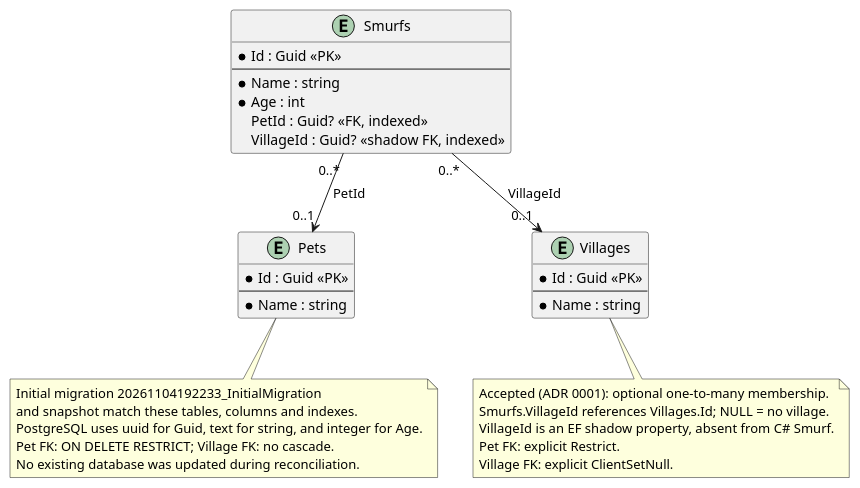
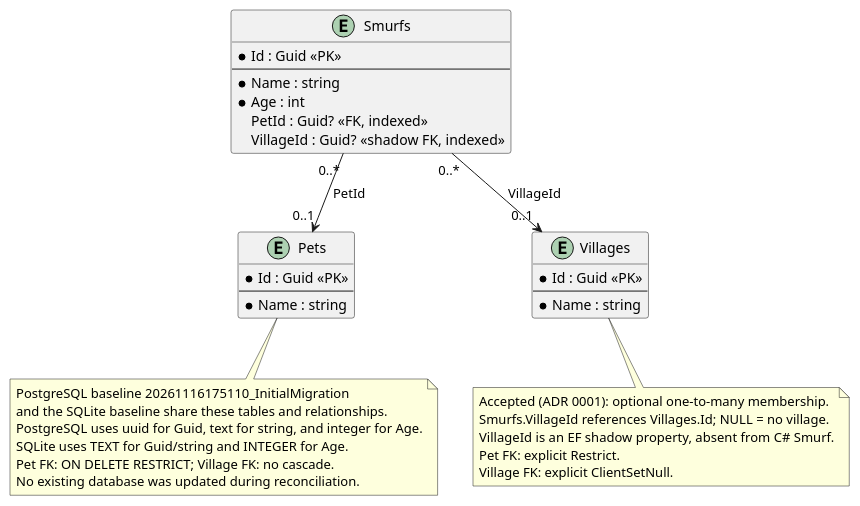
The diagram in docs/structural/diagrams/persistence-model.puml (EbbeMeloSorensen/Smurfs), drawn with PlantUML before and after one commit. The commit also changed 32 other files, not shown here.

```diff
--- a/docs/structural/diagrams/persistence-model.puml
+++ b/docs/structural/diagrams/persistence-model.puml
@@ -1,38 +1,39 @@
 @startuml
 ' Current runtime model, regenerated initial migration and snapshot.
 hide methods
 entity "Smurfs" as SmurfTable {
   * Id : Guid <<PK>>
   --
   * Name : string
   * Age : int
   PetId : Guid? <<FK, indexed>>
   VillageId : Guid? <<shadow FK, indexed>>
 }
 entity "Pets" as PetTable {
   * Id : Guid <<PK>>
   --
   * Name : string
 }
 entity "Villages" as VillageTable {
   * Id : Guid <<PK>>
   --
   * Name : string
 }
 SmurfTable "0..*" --> "0..1" PetTable : PetId
 SmurfTable "0..*" --> "0..1" VillageTable : VillageId
 note bottom of VillageTable
   Accepted (ADR 0001): optional one-to-many membership.
   Smurfs.VillageId references Villages.Id; NULL = no village.
   VillageId is an EF shadow property, absent from C# Smurf.
   Pet FK: explicit Restrict.
   Village FK: explicit ClientSetNull.
 end note
 note bottom of PetTable
-  Initial migration 20261104192233_InitialMigration
-  and snapshot match these tables, columns and indexes.
+  PostgreSQL baseline 20261116175110_InitialMigration
+  and the SQLite baseline share these tables and relationships.
   PostgreSQL uses uuid for Guid, text for string, and integer for Age.
+  SQLite uses TEXT for Guid/string and INTEGER for Age.
   Pet FK: ON DELETE RESTRICT; Village FK: no cascade.
   No existing database was updated during reconciliation.
 end note
 @enduml
```
